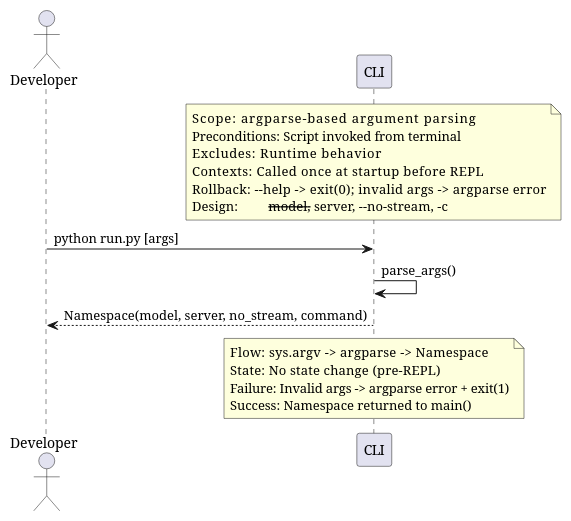
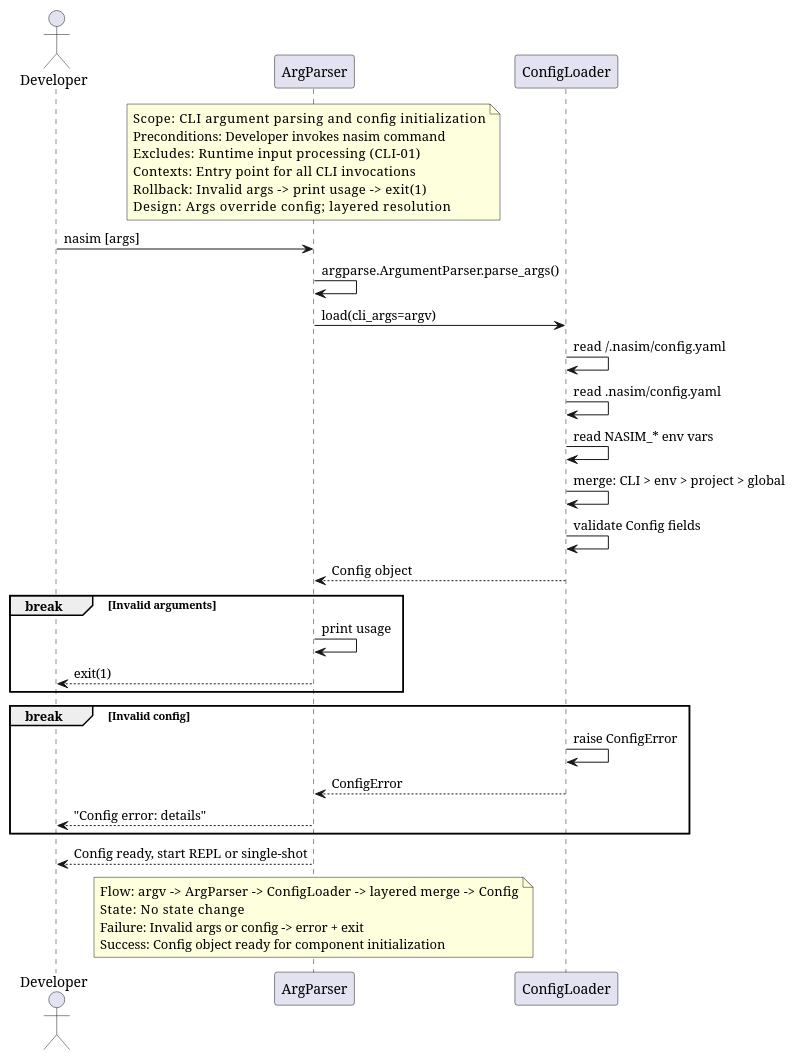
Before and after one commit to salimnamvar/nasim: the diagram in docs/sq/CLI/sq_cli04_parse_cli_arguments.puml, drawn with PlantUML. The commit also changed 72 other files, not shown here.

```diff
--- a/docs/sq/CLI/sq_cli04_parse_cli_arguments.puml
+++ b/docs/sq/CLI/sq_cli04_parse_cli_arguments.puml
@@ -1,38 +1,60 @@
 @startuml sq_cli04_parse_cli_arguments
 ' ============================================================
 ' Title:     CLI-04 — Parse CLI Arguments
 ' Boundary:  nasim code agent CLI
-' Purpose:   Parse command-line arguments at startup
-' Milestone: v0.1
-' Version:   1.0.0
-' Source:    —
-' Review:    docs/audit/audit_2026-06-20_design-chain.md
+' Purpose:   Startup argument parsing and config initialization
+' Milestone: v1.0
+' Version:   2.0.0
+' Source:    docs/audit/audit_2026-06-20_capability-and-architecture.md
+' Review:    —
 ' ============================================================
 
 actor "Developer" as user
-participant "CLI" as cli
+participant "ArgParser" as parser
+participant "ConfigLoader" as cfg
 
-box "CLI (cli.py)" #E8F5E9
+box "CLI Layer" #E8F5E9
+end box
+box "Config Layer" #E0F7FA
 end box
 
-note over cli
-  Scope:          argparse-based argument parsing
-  Preconditions:  Script invoked from terminal
-  Excludes:       Runtime behavior
-  Contexts:       Called once at startup before REPL
-  Rollback:       --help -> exit(0); invalid args -> argparse error
-  Design:         --model, --server, --no-stream, -c
+note over parser
+  Scope:          CLI argument parsing and config initialization
+  Preconditions:  Developer invokes nasim command
+  Excludes:       Runtime input processing (CLI-01)
+  Contexts:       Entry point for all CLI invocations
+  Rollback:       Invalid args -> print usage -> exit(1)
+  Design:         Args override config; layered resolution
 end note
 
-user -> cli : python run.py [args]
-cli -> cli : parse_args()
-cli --> user : Namespace(model, server, no_stream, command)
+user -> parser : nasim [args]
+parser -> parser : argparse.ArgumentParser.parse_args()
+parser -> cfg : load(cli_args=argv)
+cfg -> cfg : read ~/.nasim/config.yaml
+cfg -> cfg : read .nasim/config.yaml
+cfg -> cfg : read NASIM_* env vars
+cfg -> cfg : merge: CLI > env > project > global
+cfg -> cfg : validate Config fields
+cfg --> parser : Config object
 
-note over cli
-  Flow:    sys.argv -> argparse -> Namespace
-  State:   No state change (pre-REPL)
-  Failure: Invalid args -> argparse error + exit(1)
-  Success: Namespace returned to main()
+break Invalid arguments
+    parser -> parser : print usage
+    parser --> user : exit(1)
+end
+
+break Invalid config
+    cfg -> cfg : raise ConfigError
+    cfg --> parser : ConfigError
+    parser --> user : "Config error: details"
+end
+
+parser --> user : Config ready, start REPL or single-shot
+
+note over parser
+  Flow:    argv -> ArgParser -> ConfigLoader -> layered merge -> Config
+  State:   No state change
+  Failure: Invalid args or config -> error + exit
+  Success: Config object ready for component initialization
 end note
 
 @enduml
```
